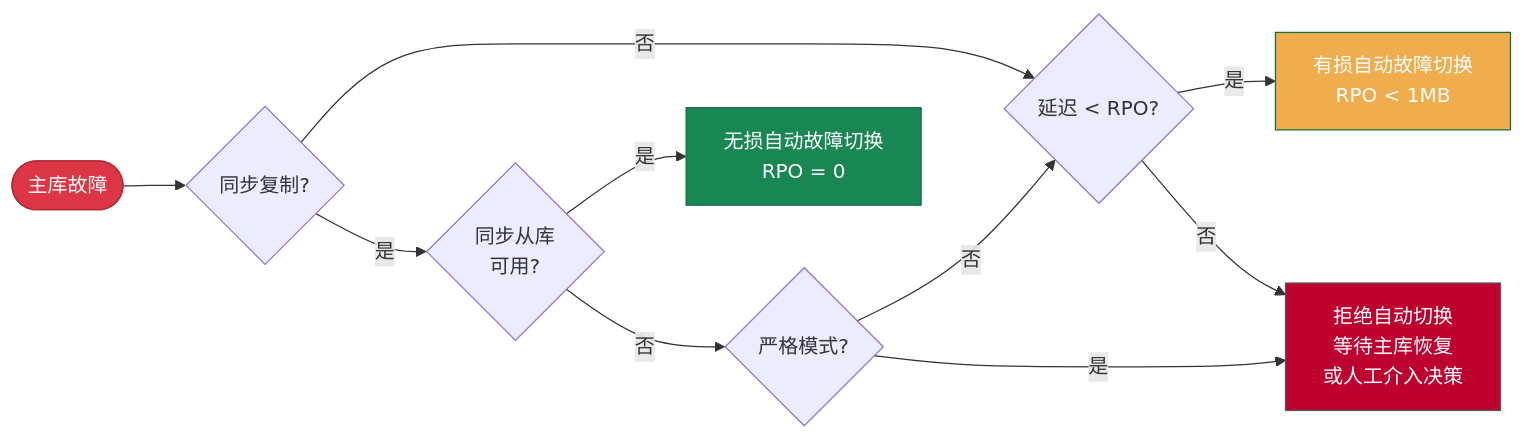
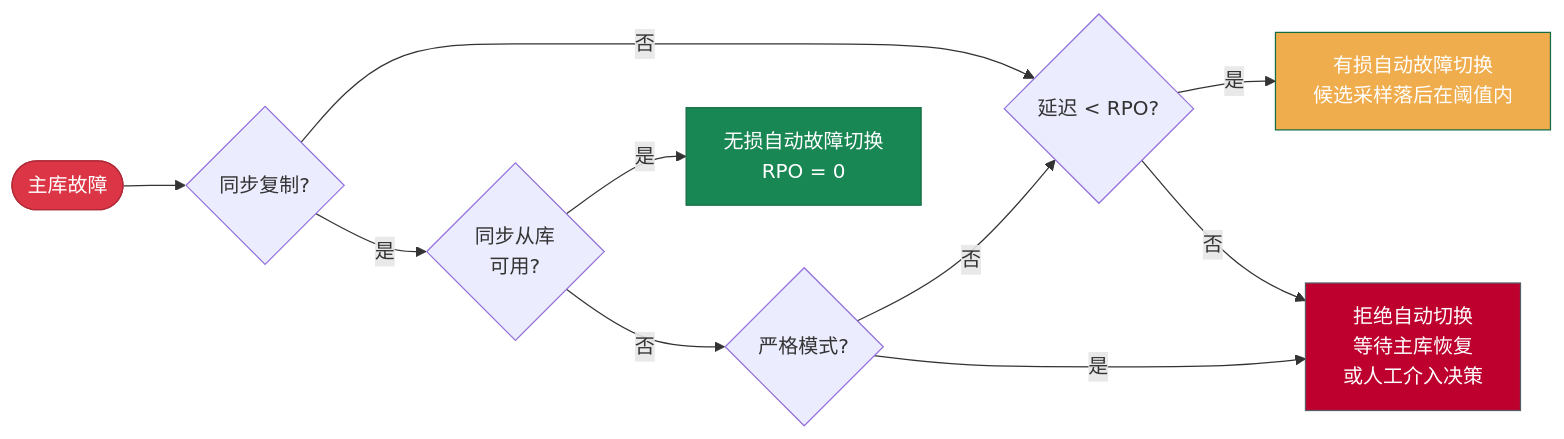
The diagram in content/docs/concept/ha/rpo.md (pgsty/pigsty.cc), drawn with Mermaid before and after one commit. The commit also changed other lines of this file and 12 other files, not shown here.

Commit message:
docs(concept): clarify architecture and HA behavior

````diff
--- a/content/docs/concept/ha/rpo.md
+++ b/content/docs/concept/ha/rpo.md
@@ -36,21 +35,21 @@
 ```mermaid
 flowchart LR
     A([主库故障]) --> B{同步复制?}
 
     B -->|否| C{延迟 < RPO?}
     B -->|是| D{同步从库<br/>可用?}
 
-    C -->|是| E[有损自动故障切换<br/>RPO < 1MB]
+    C -->|是| E[有损自动故障切换<br/>候选采样落后在阈值内]
     C -->|否| F[拒绝自动切换<br/>等待主库恢复<br/>或人工介入决策]
 
     D -->|是| G[无损自动故障切换<br/>RPO = 0]
     D -->|否| H{严格模式?}
 
     H -->|否| C
     H -->|是| F
 
     style A fill:#dc3545,stroke:#b02a37,color:#fff
     style E fill:#F0AD4E,stroke:#146c43,color:#fff
     style G fill:#198754,stroke:#146c43,color:#fff
     style F fill:#BE002F,stroke:#565e64,color:#fff
 ```
````
